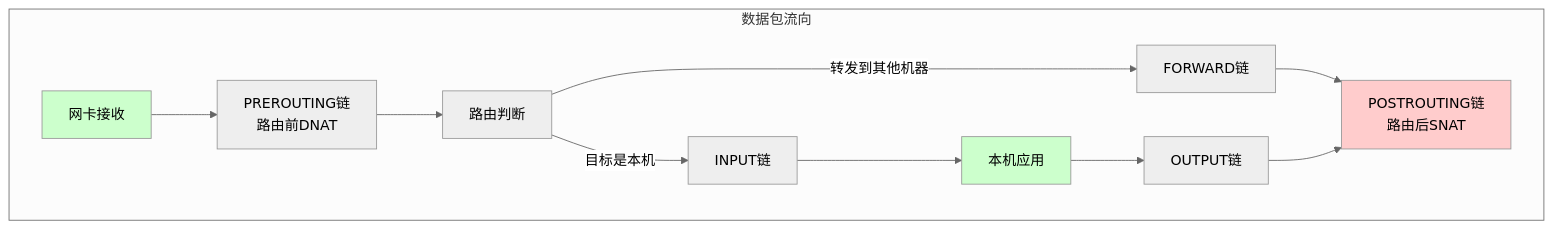
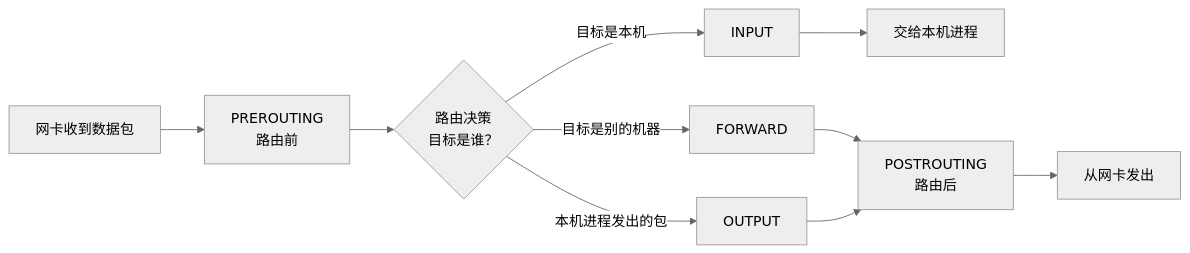
The diagram in content/linux/firewall_safe/Chapter-37-iptables.md (before80/prgms), drawn with Mermaid (neutral theme) before and after one commit. The commit also changed other lines of this file and 1645 other files, not shown here.

````diff
--- a/content/linux/firewall_safe/Chapter-37-iptables.md
+++ b/content/linux/firewall_safe/Chapter-37-iptables.md
@@ -129,16 +51,12 @@
 ```mermaid
-graph TB
-    subgraph "数据包流向"
-        A["网卡接收"] --> B["PREROUTING链<br/>路由前DNAT"]
-        B --> C["路由判断"]
-        C -->|"目标是本机"| D["INPUT链"]
-        C -->|"转发到其他机器"| E["FORWARD链"]
-        D --> F["本机应用"]
-        E --> G["POSTROUTING链<br/>路由后SNAT"]
-        F --> H["OUTPUT链"]
-        H --> G
-    end
-    style A fill:#ccffcc
-    style F fill:#ccffcc
-    style G fill:#ffcccc
+graph LR
+    NIC["网卡收到数据包"] --> PRE["PREROUTING<br>路由前"]
+    PRE --> ROUTE{"路由决策<br>目标是谁？"}
+    ROUTE -->|"目标是本机"| IN["INPUT"]
+    ROUTE -->|"目标是别的机器"| FWD["FORWARD"]
+    ROUTE -->|"本机进程发出的包"| OUT["OUTPUT"]
+    IN --> APP["交给本机进程"]
+    FWD --> POST["POSTROUTING<br>路由后"]
+    OUT --> POST
+    POST --> NICOUT["从网卡发出"]
 ```
````
